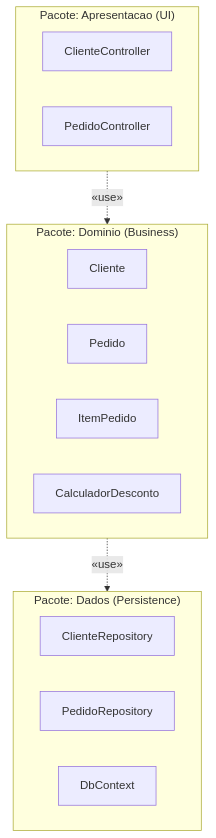
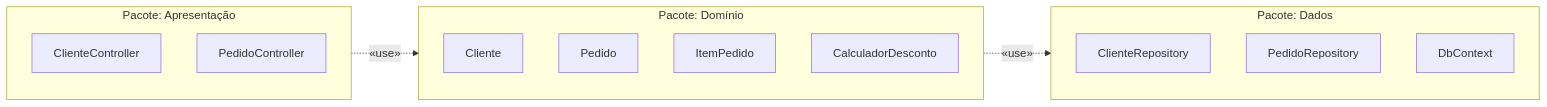
Before and after one commit to leorruas/puc: the diagram in 07. Engenharia de Requisitos/10. Modelagem estrutural e modularização com diagrama de pacotes da uml.md, drawn with Mermaid.

Commit message:
Normaliza Mermaid de pacotes UML

````diff
--- a/07. Engenharia de Requisitos/10. Modelagem estrutural e modularização com diagrama de pacotes da uml.md
+++ b/07. Engenharia de Requisitos/10. Modelagem estrutural e modularização com diagrama de pacotes da uml.md
@@ -67,23 +67,26 @@
 ```mermaid
-flowchart TD
- subgraph Apresentacao["Pacote: Apresentacao (UI)"]
- ClienteController
- PedidoController
- end
+flowchart LR
+    subgraph Apresentacao["Pacote: Apresentação"]
+        direction TB
+        ClienteController["ClienteController"]:::external
+        PedidoController["PedidoController"]:::external
+    end
 
- subgraph Dominio["Pacote: Dominio (Business)"]
- Cliente
- Pedido
- ItemPedido
- CalculadorDesconto
- end
+    subgraph Dominio["Pacote: Domínio"]
+        direction TB
+        Cliente["Cliente"]:::core
+        Pedido["Pedido"]:::core
+        ItemPedido["ItemPedido"]:::component
+        CalculadorDesconto["CalculadorDesconto"]:::component
+    end
 
- subgraph Dados["Pacote: Dados (Persistence)"]
- ClienteRepository
- PedidoRepository
- DbContext
- end
+    subgraph Dados["Pacote: Dados"]
+        direction TB
+        ClienteRepository["ClienteRepository"]:::data
+        PedidoRepository["PedidoRepository"]:::data
+        DbContext["DbContext"]:::data
+    end
 
- Apresentacao -.->|«use»| Dominio
- Dominio -.->|«use»| Dados
+    Apresentacao -.->|"«use»"| Dominio
+    Dominio -.->|"«use»"| Dados
 ```
````
